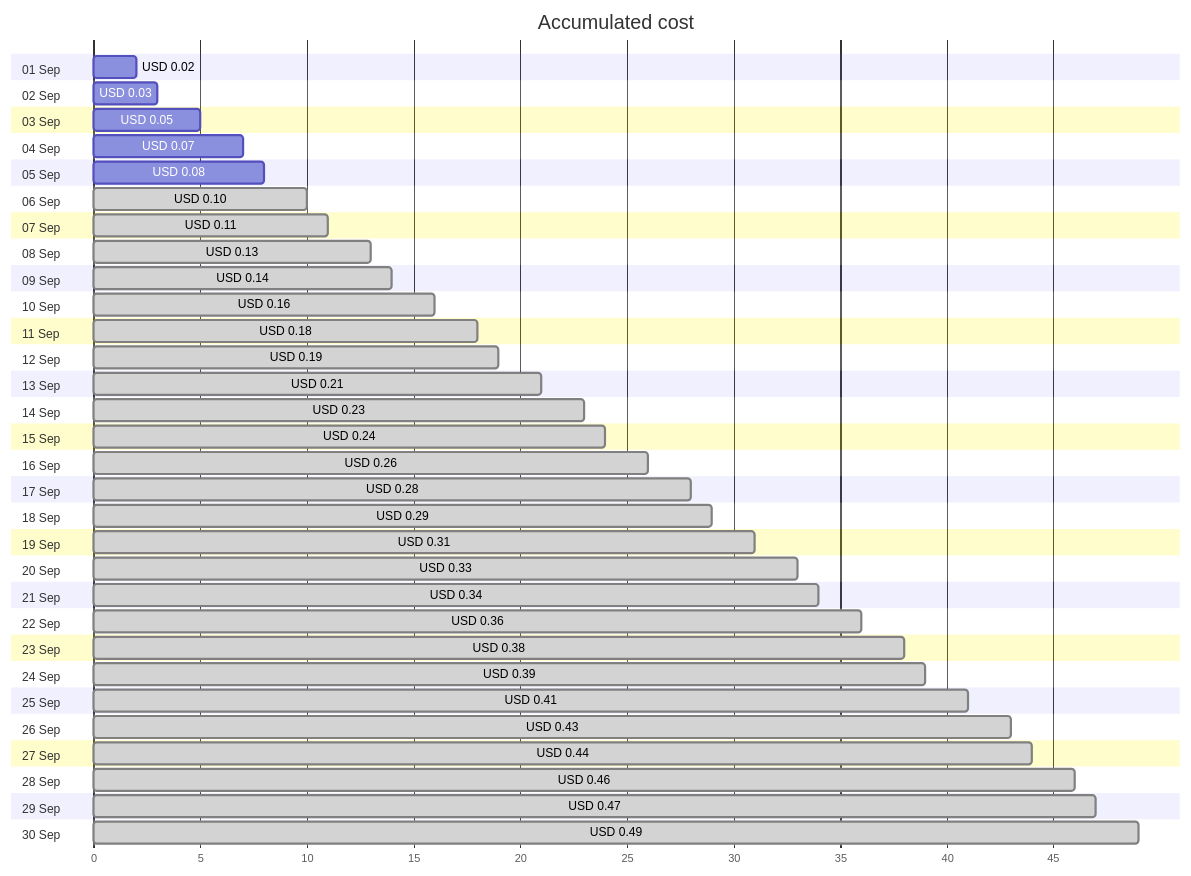
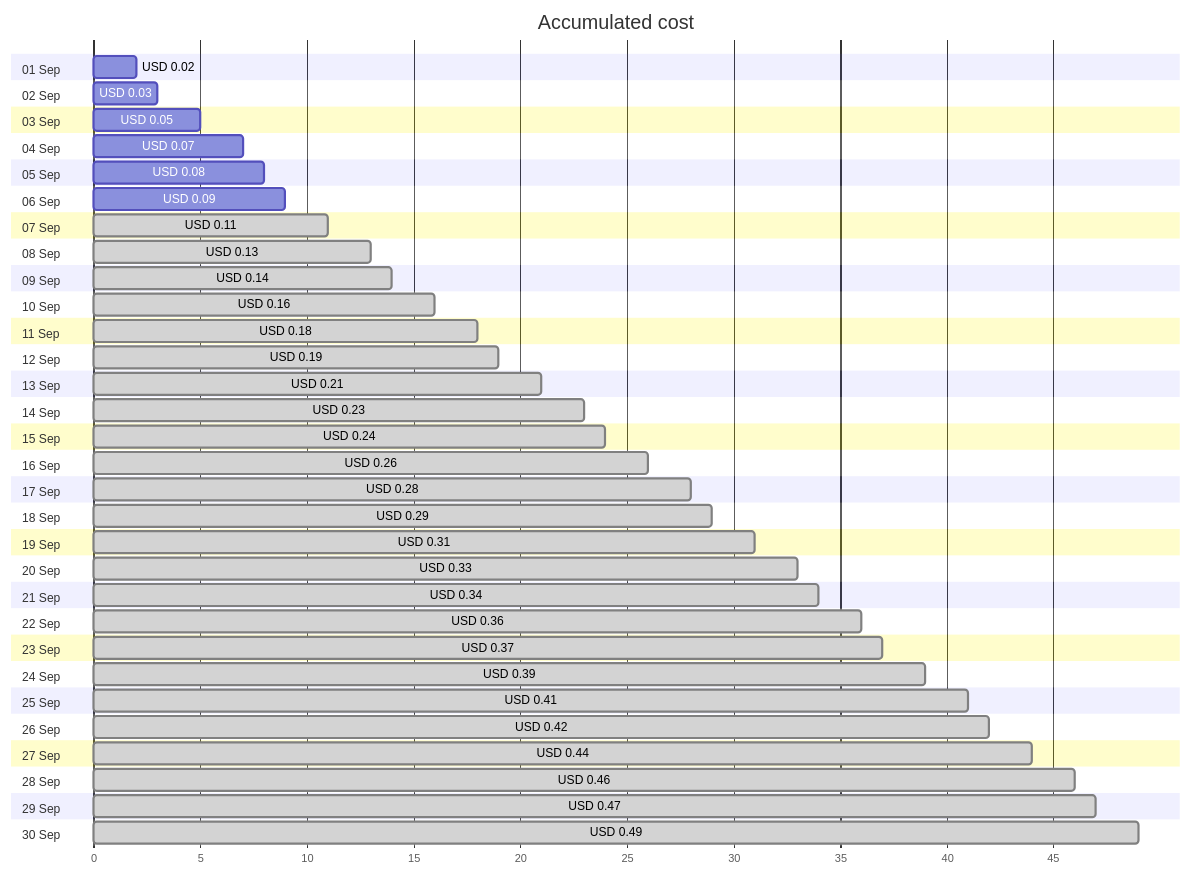
Before and after one commit to jpfulton/azure-personal-reports: the first of 4 diagrams in cost-reports/personal-dns/jpatrickfulton.dev.md, drawn with Mermaid. The commit also changed other lines of this file and 2 other files, not shown here.

````diff
--- a/cost-reports/personal-dns/jpatrickfulton.dev.md
+++ b/cost-reports/personal-dns/jpatrickfulton.dev.md
@@ -20,66 +20,66 @@
 ```mermaid
 gantt
    title Accumulated cost
    dateFormat  X
    axisFormat %s
    section 01 Sep
    USD 0.02 :0, 2
    section 02 Sep
    USD 0.03 :0, 3
    section 03 Sep
    USD 0.05 :0, 5
    section 04 Sep
    USD 0.07 :0, 7
    section 05 Sep
    USD 0.08 :0, 8
    section 06 Sep
-   USD 0.10 : done, 0, 10
+   USD 0.09 :0, 9
    section 07 Sep
    USD 0.11 : done, 0, 11
    section 08 Sep
    USD 0.13 : done, 0, 13
    section 09 Sep
    USD 0.14 : done, 0, 14
    section 10 Sep
    USD 0.16 : done, 0, 16
    section 11 Sep
    USD 0.18 : done, 0, 18
    section 12 Sep
    USD 0.19 : done, 0, 19
    section 13 Sep
    USD 0.21 : done, 0, 21
    section 14 Sep
    USD 0.23 : done, 0, 23
    section 15 Sep
    USD 0.24 : done, 0, 24
    section 16 Sep
    USD 0.26 : done, 0, 26
    section 17 Sep
    USD 0.28 : done, 0, 28
    section 18 Sep
    USD 0.29 : done, 0, 29
    section 19 Sep
    USD 0.31 : done, 0, 31
    section 20 Sep
    USD 0.33 : done, 0, 33
    section 21 Sep
    USD 0.34 : done, 0, 34
    section 22 Sep
    USD 0.36 : done, 0, 36
    section 23 Sep
-   USD 0.38 : done, 0, 38
+   USD 0.37 : done, 0, 37
    section 24 Sep
    USD 0.39 : done, 0, 39
    section 25 Sep
    USD 0.41 : done, 0, 41
    section 26 Sep
-   USD 0.43 : done, 0, 43
+   USD 0.42 : done, 0, 42
    section 27 Sep
    USD 0.44 : done, 0, 44
    section 28 Sep
    USD 0.46 : done, 0, 46
    section 29 Sep
    USD 0.47 : done, 0, 47
    section 30 Sep
    USD 0.49 : done, 0, 49
 ```
````
